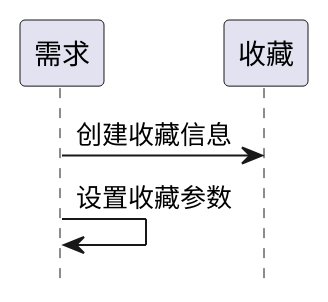
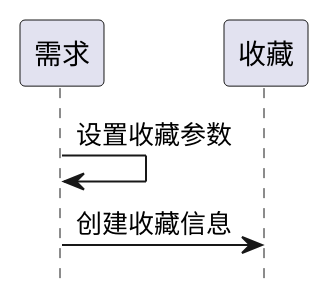
The fourth of 9 diagrams in ibizpms-docs/src/main/doc/v1/module/zentao/Story_old.md (goblinln/iBizPMS), drawn with PlantUML before and after one commit. The commit also changed other lines of this file and 230 other files, not shown here.

```diff
--- a/ibizpms-docs/src/main/doc/v1/module/zentao/Story_old.md
+++ b/ibizpms-docs/src/main/doc/v1/module/zentao/Story_old.md
@@ -320,6 +320,6 @@
 {% plantuml %}
 hide footbox
 
+需求 -> 需求: 设置收藏参数
 需求 -> 收藏: 创建收藏信息
-需求 -> 需求: 设置收藏参数
 {% endplantuml %}
```
